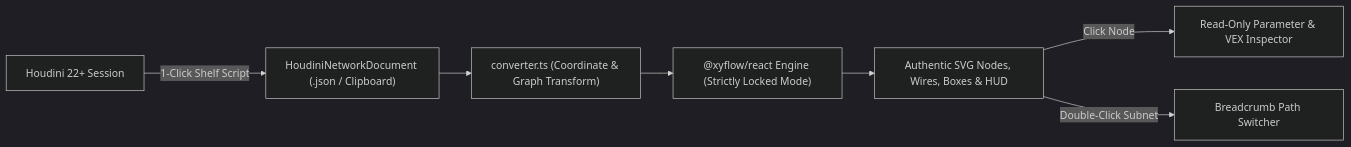
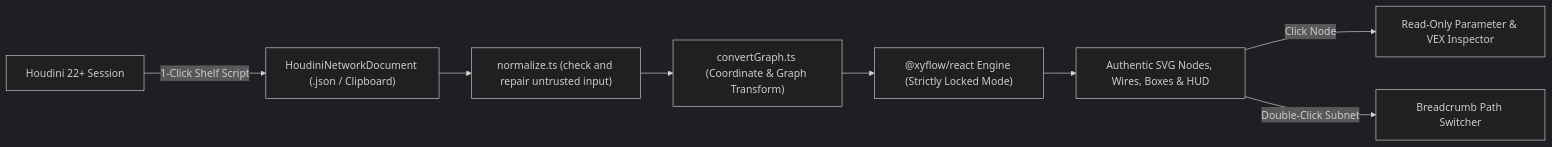
Before and after one commit to emil-judin/nop-houdini-network-viewer: the first of 2 diagrams in docs/ARCHITECTURE.md, drawn with Mermaid (dark theme). The commit also changed other lines of this file and 177 other files, not shown here.

````diff
--- a/docs/ARCHITECTURE.md
+++ b/docs/ARCHITECTURE.md
@@ -17,9 +13,10 @@
 ```mermaid
 flowchart LR
     Houdini["Houdini 22+ Session"] -->|"1-Click Shelf Script"| JSON["HoudiniNetworkDocument (.json / Clipboard)"]
-    JSON --> Converter["converter.ts (Coordinate & Graph Transform)"]
+    JSON --> Normalize["normalize.ts (check and repair untrusted input)"]
+    Normalize --> Converter["convertGraph.ts (Coordinate & Graph Transform)"]
     Converter --> RF["@xyflow/react Engine (Strictly Locked Mode)"]
     RF --> Canvas["Authentic SVG Nodes, Wires, Boxes & HUD"]
     Canvas -->|"Click Node"| Inspector["Read-Only Parameter & VEX Inspector"]
     Canvas -->|"Double-Click Subnet"| SubnetNav["Breadcrumb Path Switcher"]
 ```
````
